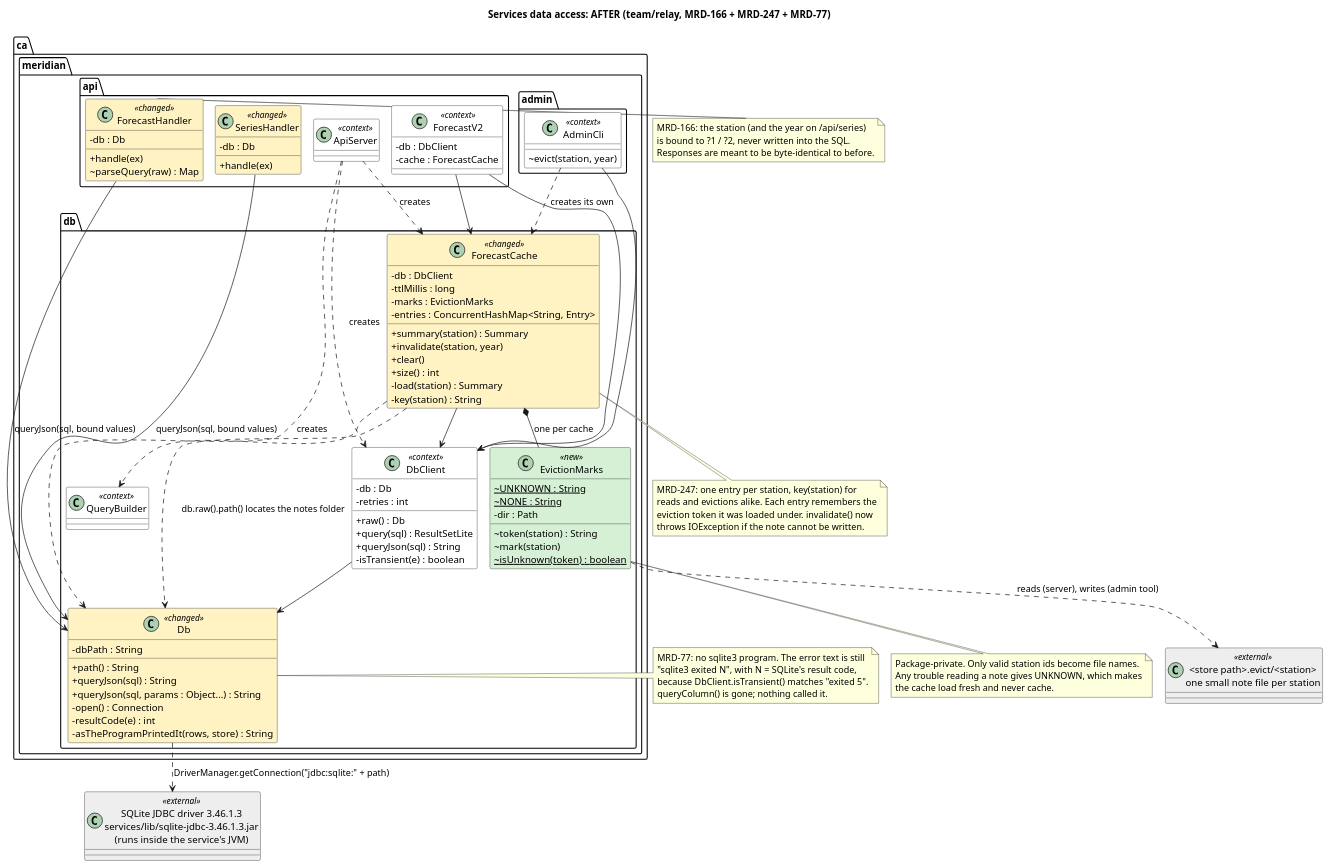
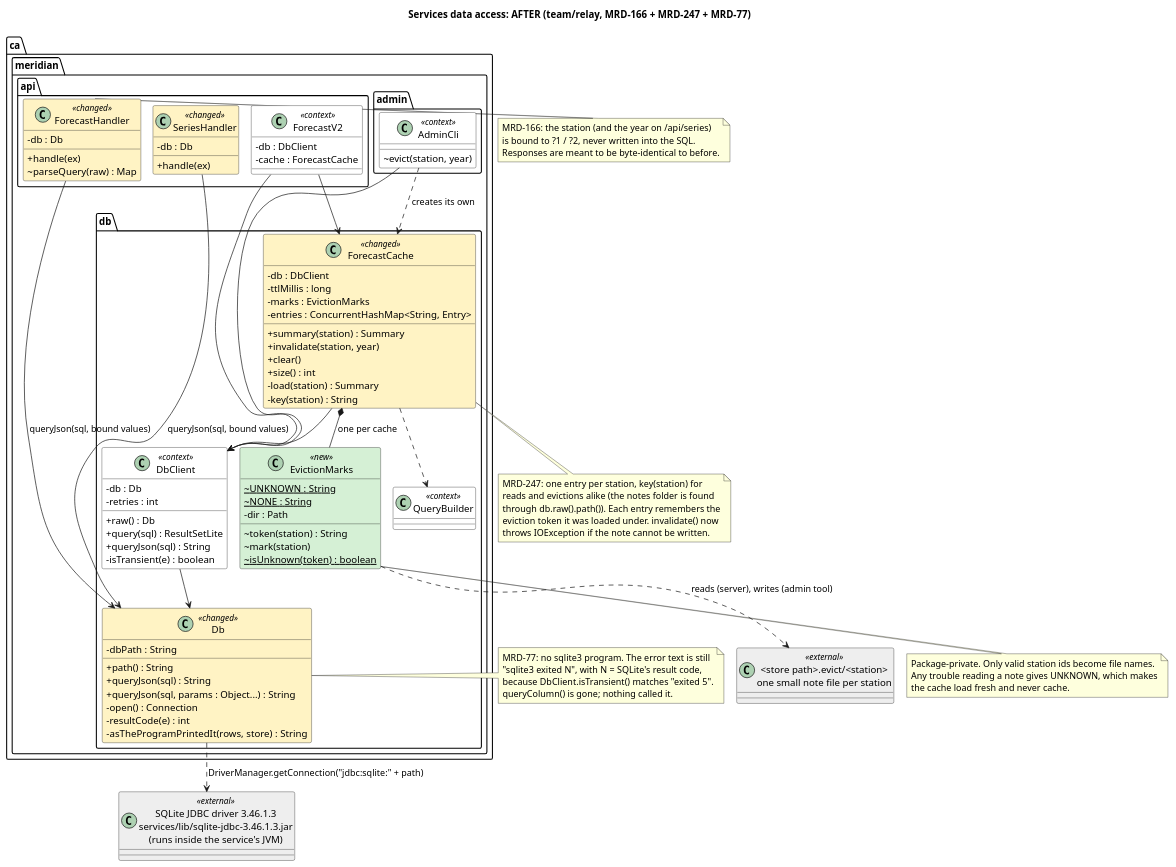
The diagram in services/docs/models/services-classes-after.puml (johnakinyemi-teaching/meridian-release), drawn with PlantUML before and after one commit. The commit also changed 3 other files, not shown here.

Commit message:
services docs: simplify class diagrams (drop ApiServer wiring, fewer crossing arrows)

```diff
--- a/services/docs/models/services-classes-after.puml
+++ b/services/docs/models/services-classes-after.puml
@@ -1,126 +1,122 @@
 @startuml services-classes-after
 ' Services / API data-access classes on team/relay after Relay's A4 tickets
 ' MRD-166, MRD-247 and MRD-77 (Java half). Compare services-classes-before.puml.
 ' Reverse-engineered from services/src/ca/meridian on origin/team/relay (Nov 21, 2026).
 ' Green = new, yellow = changed, grey = outside the services code, white = unchanged context.
 !pragma layout smetana
 title Services data access: AFTER (team/relay, MRD-166 + MRD-247 + MRD-77)
 skinparam classAttributeIconSize 0
 skinparam shadowing false
 skinparam class {
   BackgroundColor<<new>> #D5F0D5
   BackgroundColor<<changed>> #FFF3C4
   BackgroundColor<<external>> #EEEEEE
   BackgroundColor<<context>> #FFFFFF
 }
 
 package "ca.meridian.api" {
-  class ApiServer <<context>>
   class ForecastHandler <<changed>> {
     -db : Db
     +handle(ex)
     ~parseQuery(raw) : Map
   }
   class SeriesHandler <<changed>> {
     -db : Db
     +handle(ex)
   }
   class ForecastV2 <<context>> {
     -db : DbClient
     -cache : ForecastCache
   }
 }
 
 package "ca.meridian.admin" {
   class AdminCli <<context>> {
     ~evict(station, year)
   }
 }
 
 package "ca.meridian.db" {
   class Db <<changed>> {
     -dbPath : String
     +path() : String
     +queryJson(sql) : String
     +queryJson(sql, params : Object...) : String
     -open() : Connection
     -resultCode(e) : int
     -asTheProgramPrintedIt(rows, store) : String
   }
   class DbClient <<context>> {
     -db : Db
     -retries : int
     +raw() : Db
     +query(sql) : ResultSetLite
     +queryJson(sql) : String
     -isTransient(e) : boolean
   }
   class ForecastCache <<changed>> {
     -db : DbClient
     -ttlMillis : long
     -marks : EvictionMarks
     -entries : ConcurrentHashMap<String, Entry>
     +summary(station) : Summary
     +invalidate(station, year)
     +clear()
     +size() : int
     -load(station) : Summary
     -key(station) : String
   }
   class EvictionMarks <<new>> {
     ~{static} UNKNOWN : String
     ~{static} NONE : String
     -dir : Path
     ~token(station) : String
     ~mark(station)
     ~{static} isUnknown(token) : boolean
   }
   class QueryBuilder <<context>>
 }
 
 class "SQLite JDBC driver 3.46.1.3\nservices/lib/sqlite-jdbc-3.46.1.3.jar\n(runs inside the service's JVM)" as Driver <<external>>
 class "<store path>.evict/<station>\none small note file per station" as Notes <<external>>
 
-ApiServer ..> Db : creates
-ApiServer ..> DbClient : creates
-ApiServer ..> ForecastCache : creates
 ForecastHandler --> Db : queryJson(sql, bound values)
 SeriesHandler --> Db : queryJson(sql, bound values)
 ForecastV2 --> DbClient
 ForecastV2 --> ForecastCache
 AdminCli --> DbClient
 AdminCli ..> ForecastCache : creates its own
 DbClient --> Db
 ForecastCache --> DbClient
 ForecastCache ..> QueryBuilder
 ForecastCache *-- EvictionMarks : one per cache
 EvictionMarks ..> Notes : reads (server), writes (admin tool)
 Db ..> Driver : DriverManager.getConnection("jdbc:sqlite:" + path)
-ForecastCache ..> Db : db.raw().path() locates the notes folder
 
 note right of ForecastHandler
   MRD-166: the station (and the year on /api/series)
   is bound to ?1 / ?2, never written into the SQL.
   Responses are meant to be byte-identical to before.
 end note
 
 note bottom of ForecastCache
   MRD-247: one entry per station, key(station) for
-  reads and evictions alike. Each entry remembers the
+  reads and evictions alike (the notes folder is found
+  through db.raw().path()). Each entry remembers the
   eviction token it was loaded under. invalidate() now
   throws IOException if the note cannot be written.
 end note
 
 note right of Db
   MRD-77: no sqlite3 program. The error text is still
   "sqlite3 exited N", with N = SQLite's result code,
   because DbClient.isTransient() matches "exited 5".
   queryColumn() is gone; nothing called it.
 end note
 
 note bottom of EvictionMarks
   Package-private. Only valid station ids become file names.
   Any trouble reading a note gives UNKNOWN, which makes
   the cache load fresh and never cache.
 end note
 @enduml
```
